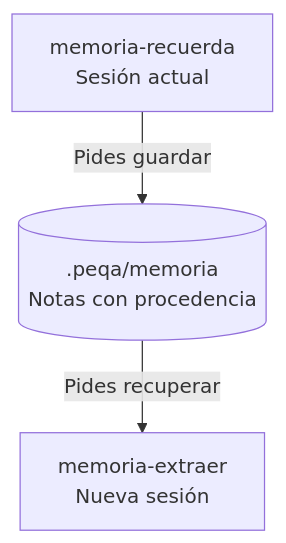
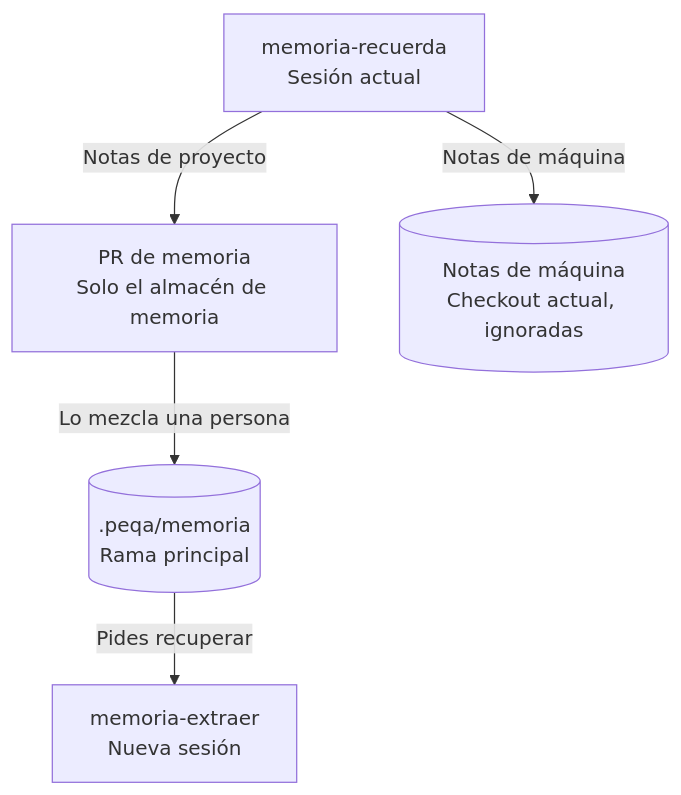
One commit to peqa-ai/peqa-workflows changed the fourth of 5 diagrams in README.md. Above: the diagram before and after it, drawn with Mermaid. The commit also changed other lines of this file and 7 other files, not shown here.

First line of the commit message:
feat(memoria-recuerda): abrir un PR con las notas de proyecto al guardar (#2)

````diff
--- a/README.md
+++ b/README.md
@@ -114,12 +114,16 @@
 ```mermaid
 flowchart TD
     accTitle: Memoria del proyecto entre dos sesiones
-    accDescr: A petición del usuario, memoria-recuerda guarda notas con procedencia en el proyecto. En otra sesión, memoria-extraer consulta ese almacén y devuelve notas y fuentes sin modificarlas.
+    accDescr: A petición del usuario, memoria-recuerda guarda las notas de proyecto en un PR propio desde la rama principal y las de máquina en el checkout actual. Cuando una persona mezcla el PR, las notas llegan al almacén de la rama principal, que memoria-extraer consulta en otra sesión sin modificarlo.
 
     actual["memoria-recuerda<br/>Sesión actual"]
-    memoria[(".peqa/memoria<br/>Notas con procedencia")]
+    pr["PR de memoria<br/>Solo el almacén de memoria"]
+    local[("Notas de máquina<br/>Checkout actual, ignoradas")]
+    memoria[(".peqa/memoria<br/>Rama principal")]
     nueva["memoria-extraer<br/>Nueva sesión"]
 
-    actual -->|Pides guardar| memoria
+    actual -->|Notas de proyecto| pr
+    actual -->|Notas de máquina| local
+    pr -->|Lo mezcla una persona| memoria
     memoria -->|Pides recuperar| nueva
 ```
````
